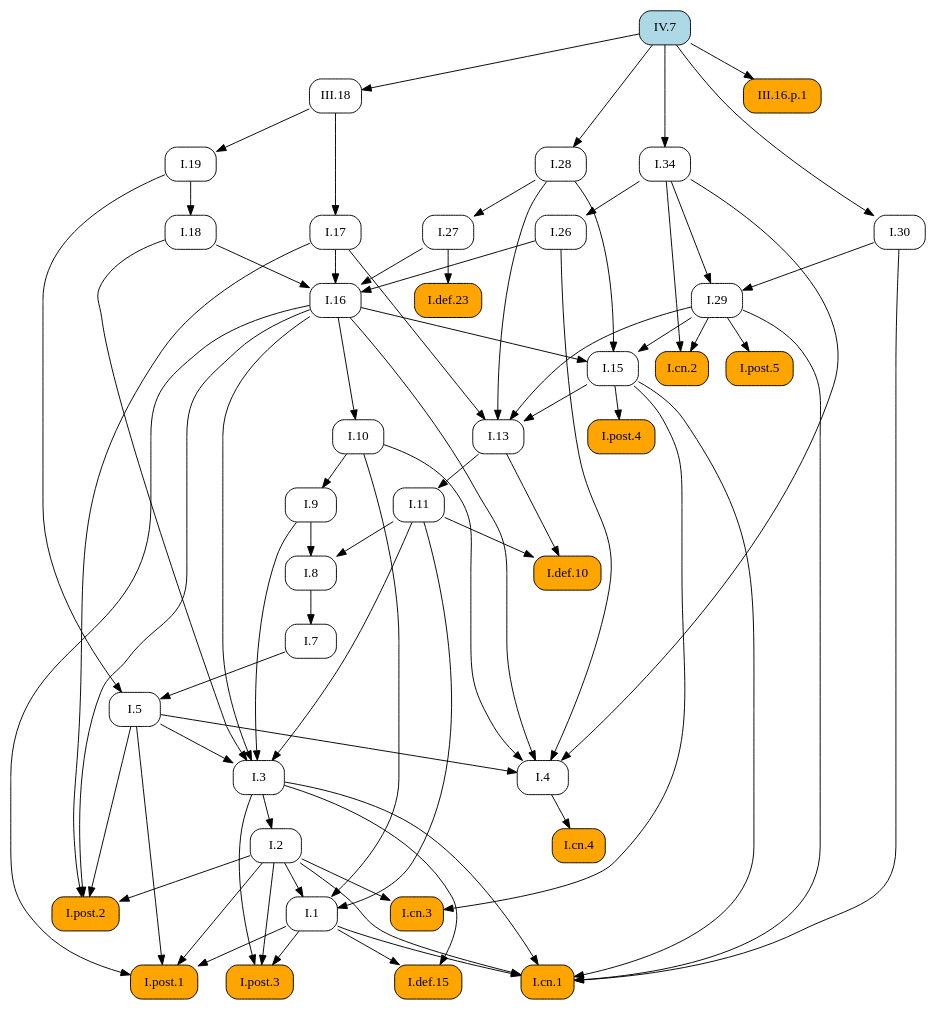
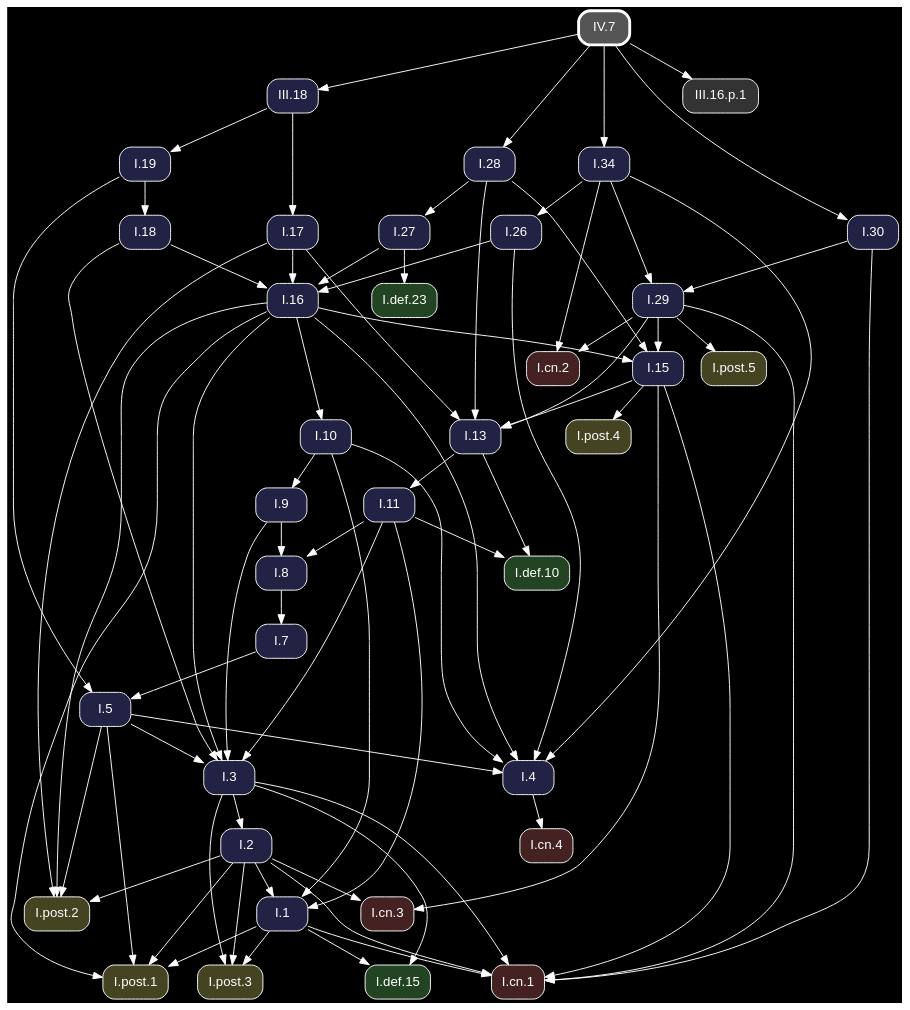
Before and after one commit to geometor/elements: the diagram in docsrc/heath/IV/7/index.rst, drawn with Graphviz. The commit also changed other lines of this file and 1200 other files, not shown here.

Commit message:
update dependency graphs

```diff
--- a/docsrc/heath/IV/7/index.rst
+++ b/docsrc/heath/IV/7/index.rst
@@ -103,63 +103,47 @@
 .. graphviz::
 
    digraph {
+     bgcolor="black";
+     node [shape=box, style="rounded,filled", fontname="Helvetica", color="white", fontcolor="white"];
+     edge [color="white", fontcolor="white"];
      rankdir="TB";
-     node [shape=box, style=rounded];
-     "I.9" [URL="/heath/I/9/", target="_top"];
-     "III.16.p.1" [style="rounded,filled", fillcolor=orange];
-     "I.def.15" [style="rounded,filled", fillcolor=orange, URL="/heath/I/def.15/", target="_top"];
-     "IV.7" [style="rounded,filled", fillcolor=lightblue, URL="/heath/IV/7/", target="_top"];
-     "I.post.3" [style="rounded,filled", fillcolor=orange, URL="/heath/I/post.3/", target="_top"];
-     "I.post.1" [style="rounded,filled", fillcolor=orange, URL="/heath/I/post.1/", target="_top"];
-     "I.19" [URL="/heath/I/19/", target="_top"];
-     "I.30" [URL="/heath/I/30/", target="_top"];
-     "I.def.10" [style="rounded,filled", fillcolor=orange, URL="/heath/I/def.10/", target="_top"];
-     "I.18" [URL="/heath/I/18/", target="_top"];
-     "I.27" [URL="/heath/I/27/", target="_top"];
-     "I.34" [URL="/heath/I/34/", target="_top"];
-     "I.3" [URL="/heath/I/3/", target="_top"];
-     "I.cn.1" [style="rounded,filled", fillcolor=orange, URL="/heath/I/cn.1/", target="_top"];
-     "III.18" [URL="/heath/III/18/", target="_top"];
-     "I.7" [URL="/heath/I/7/", target="_top"];
-     "I.2" [URL="/heath/I/2/", target="_top"];
-     "I.13" [URL="/heath/I/13/", target="_top"];
-     "I.post.4" [style="rounded,filled", fillcolor=orange, URL="/heath/I/post.4/", target="_top"];
-     "I.4" [URL="/heath/I/4/", target="_top"];
-     "I.1" [URL="/heath/I/1/", target="_top"];
-     "I.5" [URL="/heath/I/5/", target="_top"];
-     "I.17" [URL="/heath/I/17/", target="_top"];
-     "I.8" [URL="/heath/I/8/", target="_top"];
-     "I.cn.3" [style="rounded,filled", fillcolor=orange, URL="/heath/I/cn.3/", target="_top"];
-     "I.29" [URL="/heath/I/29/", target="_top"];
-     "I.16" [URL="/heath/I/16/", target="_top"];
-     "I.15" [URL="/heath/I/15/", target="_top"];
-     "I.10" [URL="/heath/I/10/", target="_top"];
-     "I.11" [URL="/heath/I/11/", target="_top"];
-     "I.def.23" [style="rounded,filled", fillcolor=orange, URL="/heath/I/def.23/", target="_top"];
-     "I.cn.2" [style="rounded,filled", fillcolor=orange, URL="/heath/I/cn.2/", target="_top"];
-     "I.post.5" [style="rounded,filled", fillcolor=orange, URL="/heath/I/post.5/", target="_top"];
-     "I.28" [URL="/heath/I/28/", target="_top"];
-     "I.cn.4" [style="rounded,filled", fillcolor=orange, URL="/heath/I/cn.4/", target="_top"];
-     "I.post.2" [style="rounded,filled", fillcolor=orange, URL="/heath/I/post.2/", target="_top"];
-     "I.26" [URL="/heath/I/26/", target="_top"];
-     "I.10" -> "I.9";
-     "IV.7" -> "III.16.p.1";
-     "I.1" -> "I.def.15";
-     "I.3" -> "I.def.15";
-     "I.1" -> "I.post.3";
-     "I.2" -> "I.post.3";
-     "I.3" -> "I.post.3";
-     "I.1" -> "I.post.1";
-     "I.2" -> "I.post.1";
-     "I.5" -> "I.post.1";
-     "I.16" -> "I.post.1";
-     "III.18" -> "I.19";
-     "IV.7" -> "I.30";
-     "I.11" -> "I.def.10";
-     "I.13" -> "I.def.10";
-     "I.19" -> "I.18";
-     "I.28" -> "I.27";
-     "IV.7" -> "I.34";
+     "I.3" [fillcolor="#222244", URL="/heath/I/3/", target="_top"];
+     "I.cn.1" [fillcolor="#442222", URL="/heath/I/cn.1/", target="_top"];
+     "I.19" [fillcolor="#222244", URL="/heath/I/19/", target="_top"];
+     "I.def.10" [fillcolor="#224422", URL="/heath/I/def.10/", target="_top"];
+     "I.15" [fillcolor="#222244", URL="/heath/I/15/", target="_top"];
+     "III.18" [fillcolor="#222244", URL="/heath/III/18/", target="_top"];
+     "I.28" [fillcolor="#222244", URL="/heath/I/28/", target="_top"];
+     "I.13" [fillcolor="#222244", URL="/heath/I/13/", target="_top"];
+     "I.27" [fillcolor="#222244", URL="/heath/I/27/", target="_top"];
+     "I.2" [fillcolor="#222244", URL="/heath/I/2/", target="_top"];
+     "I.cn.2" [fillcolor="#442222", URL="/heath/I/cn.2/", target="_top"];
+     "I.9" [fillcolor="#222244", URL="/heath/I/9/", target="_top"];
+     "I.1" [fillcolor="#222244", URL="/heath/I/1/", target="_top"];
+     "I.post.5" [fillcolor="#444422", URL="/heath/I/post.5/", target="_top"];
+     "I.post.4" [fillcolor="#444422", URL="/heath/I/post.4/", target="_top"];
+     "I.26" [fillcolor="#222244", URL="/heath/I/26/", target="_top"];
+     "I.8" [fillcolor="#222244", URL="/heath/I/8/", target="_top"];
+     "I.4" [fillcolor="#222244", URL="/heath/I/4/", target="_top"];
+     "IV.7" [penwidth=3, color="white", fillcolor="#555555", URL="/heath/IV/7/", target="_top"];
+     "I.7" [fillcolor="#222244", URL="/heath/I/7/", target="_top"];
+     "I.5" [fillcolor="#222244", URL="/heath/I/5/", target="_top"];
+     "I.10" [fillcolor="#222244", URL="/heath/I/10/", target="_top"];
+     "I.post.1" [fillcolor="#444422", URL="/heath/I/post.1/", target="_top"];
+     "I.11" [fillcolor="#222244", URL="/heath/I/11/", target="_top"];
+     "I.16" [fillcolor="#222244", URL="/heath/I/16/", target="_top"];
+     "I.cn.3" [fillcolor="#442222", URL="/heath/I/cn.3/", target="_top"];
+     "I.29" [fillcolor="#222244", URL="/heath/I/29/", target="_top"];
+     "I.post.2" [fillcolor="#444422", URL="/heath/I/post.2/", target="_top"];
+     "I.cn.4" [fillcolor="#442222", URL="/heath/I/cn.4/", target="_top"];
+     "I.def.23" [fillcolor="#224422", URL="/heath/I/def.23/", target="_top"];
+     "I.30" [fillcolor="#222244", URL="/heath/I/30/", target="_top"];
+     "I.post.3" [fillcolor="#444422", URL="/heath/I/post.3/", target="_top"];
+     "I.18" [fillcolor="#222244", URL="/heath/I/18/", target="_top"];
+     "I.34" [fillcolor="#222244", URL="/heath/I/34/", target="_top"];
+     "I.def.15" [fillcolor="#224422", URL="/heath/I/def.15/", target="_top"];
+     "I.17" [fillcolor="#222244", URL="/heath/I/17/", target="_top"];
+     "III.16.p.1" [fillcolor="#333333"];
      "I.5" -> "I.3";
      "I.9" -> "I.3";
      "I.11" -> "I.3";
@@ -171,49 +155,67 @@
      "I.15" -> "I.cn.1";
      "I.29" -> "I.cn.1";
      "I.30" -> "I.cn.1";
+     "III.18" -> "I.19";
+     "I.11" -> "I.def.10";
+     "I.13" -> "I.def.10";
+     "I.16" -> "I.15";
+     "I.28" -> "I.15";
+     "I.29" -> "I.15";
      "IV.7" -> "III.18";
-     "I.8" -> "I.7";
-     "I.3" -> "I.2";
+     "IV.7" -> "I.28";
      "I.15" -> "I.13";
      "I.17" -> "I.13";
      "I.28" -> "I.13";
      "I.29" -> "I.13";
+     "I.28" -> "I.27";
+     "I.3" -> "I.2";
+     "I.29" -> "I.cn.2";
+     "I.34" -> "I.cn.2";
+     "I.10" -> "I.9";
+     "I.2" -> "I.1";
+     "I.10" -> "I.1";
+     "I.11" -> "I.1";
+     "I.29" -> "I.post.5";
      "I.15" -> "I.post.4";
+     "I.34" -> "I.26";
+     "I.9" -> "I.8";
+     "I.11" -> "I.8";
      "I.5" -> "I.4";
      "I.10" -> "I.4";
      "I.16" -> "I.4";
      "I.26" -> "I.4";
      "I.34" -> "I.4";
-     "I.2" -> "I.1";
-     "I.10" -> "I.1";
-     "I.11" -> "I.1";
+     "I.8" -> "I.7";
      "I.7" -> "I.5";
      "I.19" -> "I.5";
-     "III.18" -> "I.17";
-     "I.9" -> "I.8";
-     "I.11" -> "I.8";
+     "I.16" -> "I.10";
+     "I.1" -> "I.post.1";
+     "I.2" -> "I.post.1";
+     "I.5" -> "I.post.1";
+     "I.16" -> "I.post.1";
+     "I.13" -> "I.11";
+     "I.17" -> "I.16";
+     "I.18" -> "I.16";
+     "I.26" -> "I.16";
+     "I.27" -> "I.16";
      "I.2" -> "I.cn.3";
      "I.15" -> "I.cn.3";
      "I.30" -> "I.29";
      "I.34" -> "I.29";
-     "I.17" -> "I.16";
-     "I.18" -> "I.16";
-     "I.26" -> "I.16";
-     "I.27" -> "I.16";
-     "I.16" -> "I.15";
-     "I.28" -> "I.15";
-     "I.29" -> "I.15";
-     "I.16" -> "I.10";
-     "I.13" -> "I.11";
-     "I.27" -> "I.def.23";
-     "I.29" -> "I.cn.2";
-     "I.34" -> "I.cn.2";
-     "I.29" -> "I.post.5";
-     "IV.7" -> "I.28";
-     "I.4" -> "I.cn.4";
      "I.2" -> "I.post.2";
      "I.5" -> "I.post.2";
      "I.16" -> "I.post.2";
      "I.17" -> "I.post.2";
-     "I.34" -> "I.26";
+     "I.4" -> "I.cn.4";
+     "I.27" -> "I.def.23";
+     "IV.7" -> "I.30";
+     "I.1" -> "I.post.3";
+     "I.2" -> "I.post.3";
+     "I.3" -> "I.post.3";
+     "I.19" -> "I.18";
+     "IV.7" -> "I.34";
+     "I.1" -> "I.def.15";
+     "I.3" -> "I.def.15";
+     "III.18" -> "I.17";
+     "IV.7" -> "III.16.p.1";
    }
```
